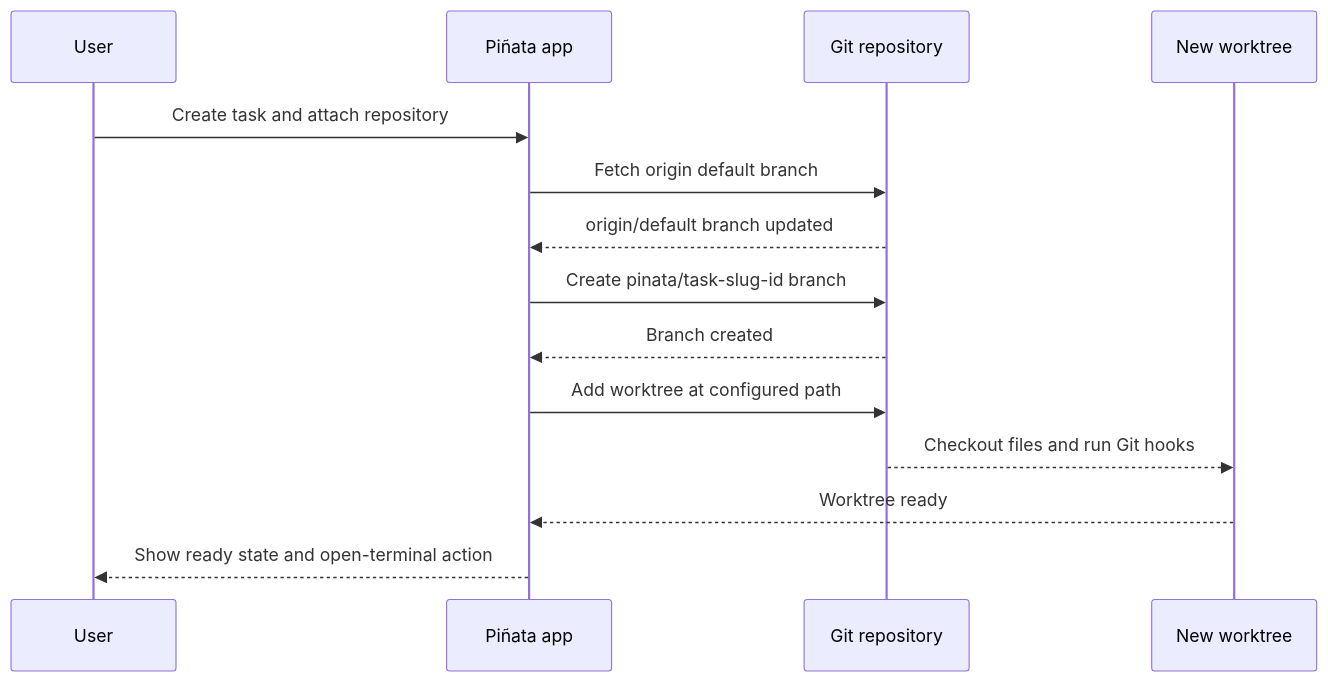
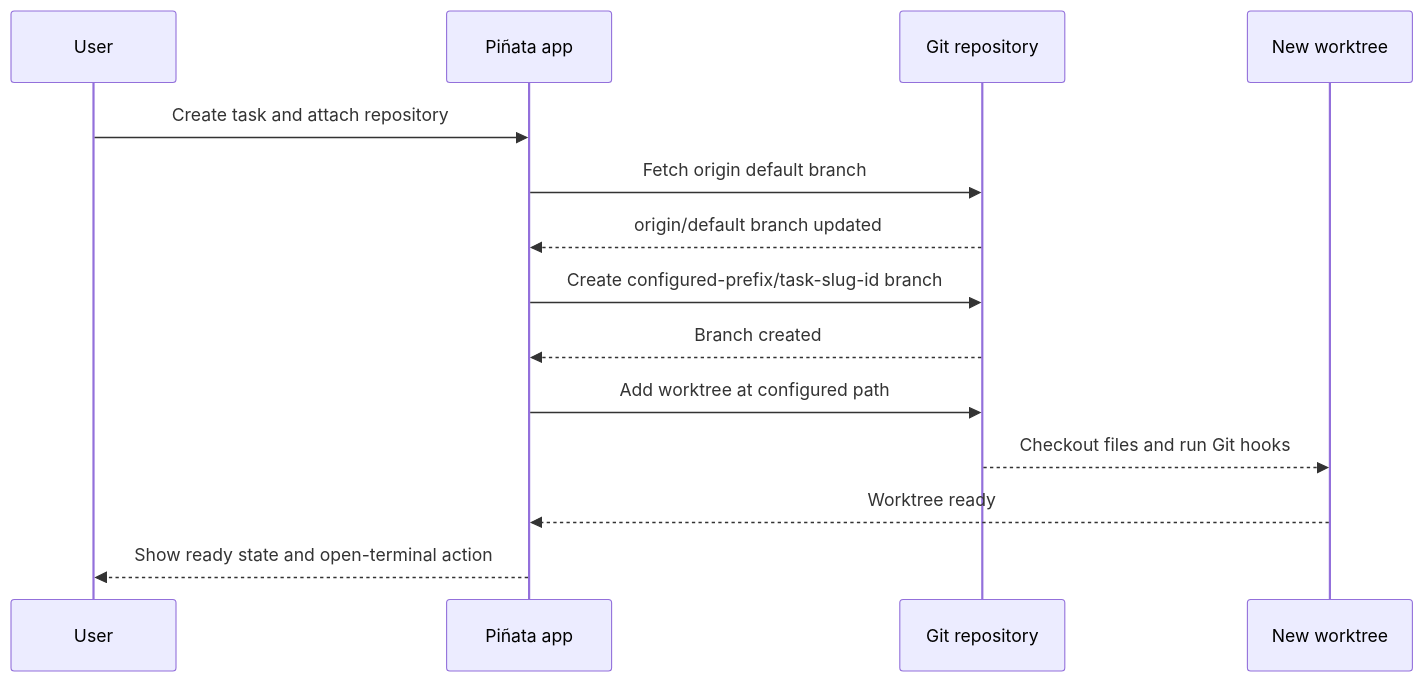
Before and after one commit to gh0stonio/pinata: the third of 4 diagrams in docs/product-and-workflow.md, drawn with Mermaid. The commit also changed other lines of this file and 16 other files, not shown here.

````diff
--- a/docs/product-and-workflow.md
+++ b/docs/product-and-workflow.md
@@ -91,17 +91,17 @@
 ```mermaid
 sequenceDiagram
     participant U as User
     participant A as Piñata app
     participant G as Git repository
     participant W as New worktree
 
     U->>A: Create task and attach repository
     A->>G: Fetch origin default branch
     G-->>A: origin/default branch updated
-    A->>G: Create pinata/task-slug-id branch
+    A->>G: Create configured-prefix/task-slug-id branch
     G-->>A: Branch created
     A->>G: Add worktree at configured path
     G-->>W: Checkout files and run Git hooks
     W-->>A: Worktree ready
     A-->>U: Show ready state and open-terminal action
 ```
````
